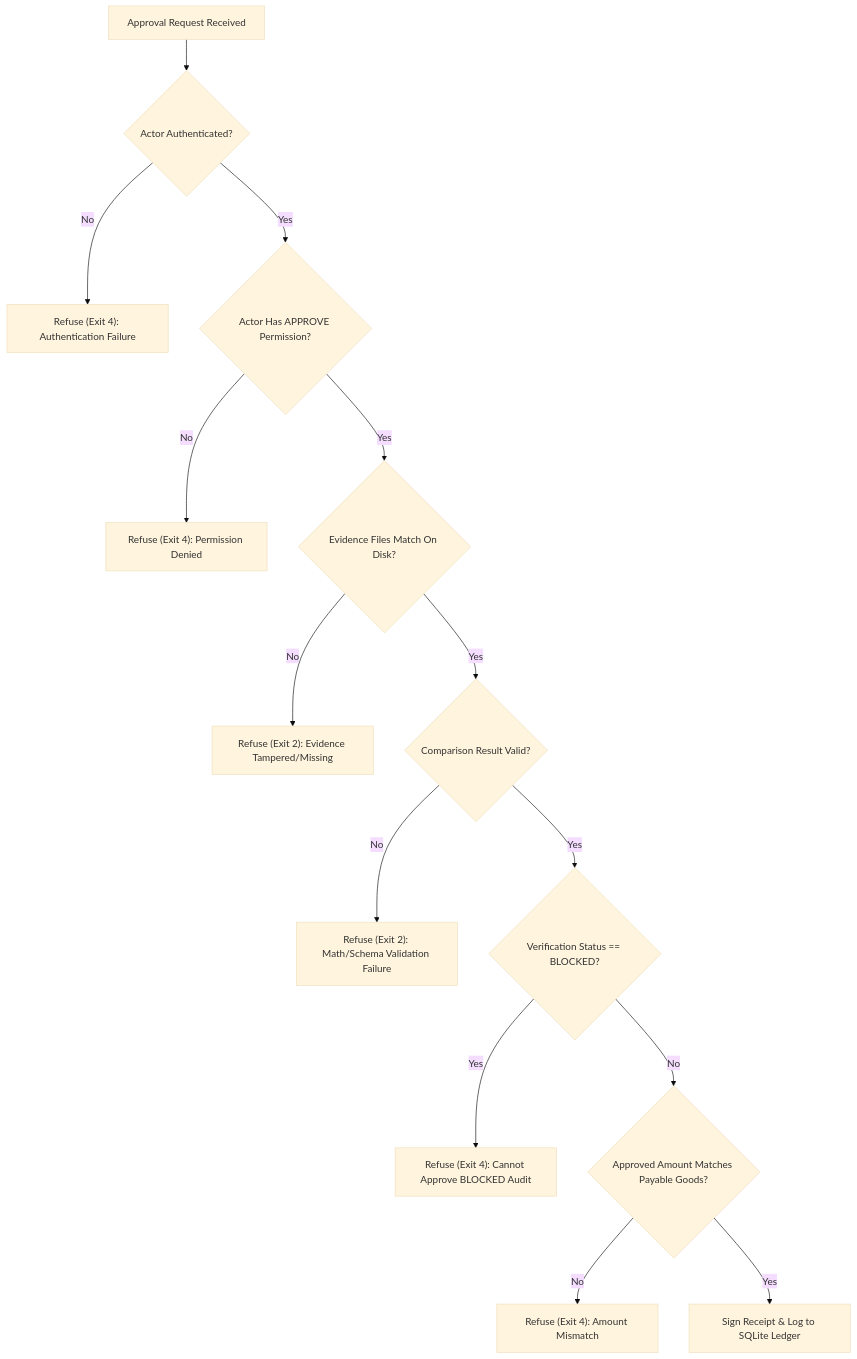
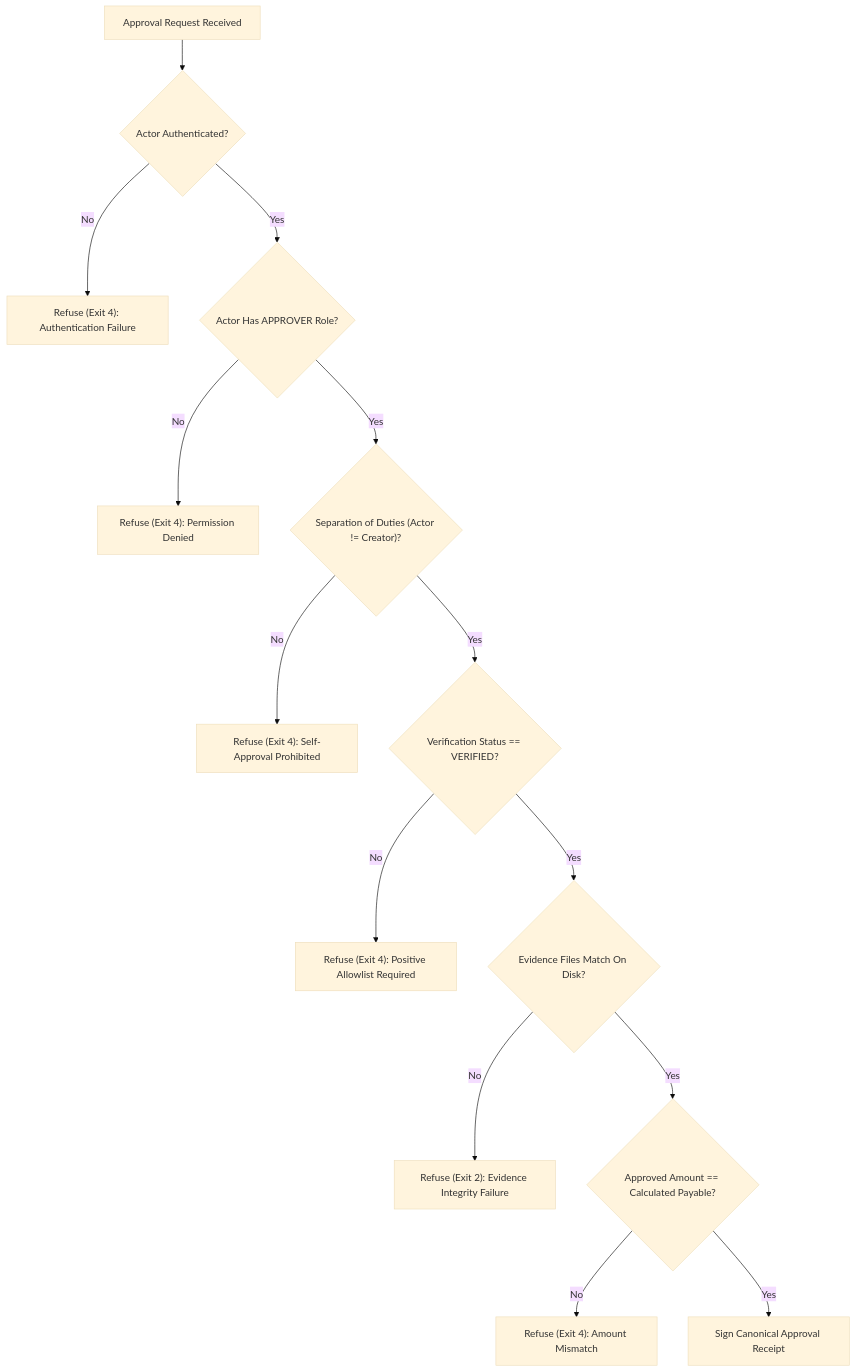
One commit to theninthfoundry/overcharge-desk changed the diagram in docs/APPROVAL_PROTOCOL.md. Above: the diagram before and after it, drawn with Mermaid (base theme). The commit also changed other lines of this file and 6 other files, not shown here.

````diff
--- a/docs/APPROVAL_PROTOCOL.md
+++ b/docs/APPROVAL_PROTOCOL.md
@@ -92,16 +100,16 @@
 ```mermaid
 flowchart TD
     Req["Approval Request Received"] --> A{"Actor Authenticated?"}
     A -- No --> R1["Refuse (Exit 4): Authentication Failure"]
-    A -- Yes --> B{"Actor Has APPROVE Permission?"}
+    A -- Yes --> B{"Actor Has APPROVER Role?"}
     B -- No --> R2["Refuse (Exit 4): Permission Denied"]
-    B -- Yes --> C{"Evidence Files Match On Disk?"}
-    C -- No --> R3["Refuse (Exit 2): Evidence Tampered/Missing"]
-    C -- Yes --> D{"Comparison Result Valid?"}
-    D -- No --> R4["Refuse (Exit 2): Math/Schema Validation Failure"]
-    D -- Yes --> E{"Verification Status == BLOCKED?"}
-    E -- Yes --> R5["Refuse (Exit 4): Cannot Approve BLOCKED Audit"]
-    E -- No --> F{"Approved Amount Matches Payable Goods?"}
+    B -- Yes --> C{"Separation of Duties (Actor != Creator)?"}
+    C -- No --> R3["Refuse (Exit 4): Self-Approval Prohibited"]
+    C -- Yes --> D{"Verification Status == VERIFIED?"}
+    D -- No --> R4["Refuse (Exit 4): Positive Allowlist Required"]
+    D -- Yes --> E{"Evidence Files Match On Disk?"}
+    E -- No --> R5["Refuse (Exit 2): Evidence Integrity Failure"]
+    E -- Yes --> F{"Approved Amount == Calculated Payable?"}
     F -- No --> R6["Refuse (Exit 4): Amount Mismatch"]
-    F -- Yes --> Sign["Sign Receipt & Log to SQLite Ledger"]
+    F -- Yes --> G["Sign Canonical Approval Receipt"]
 ```
````
